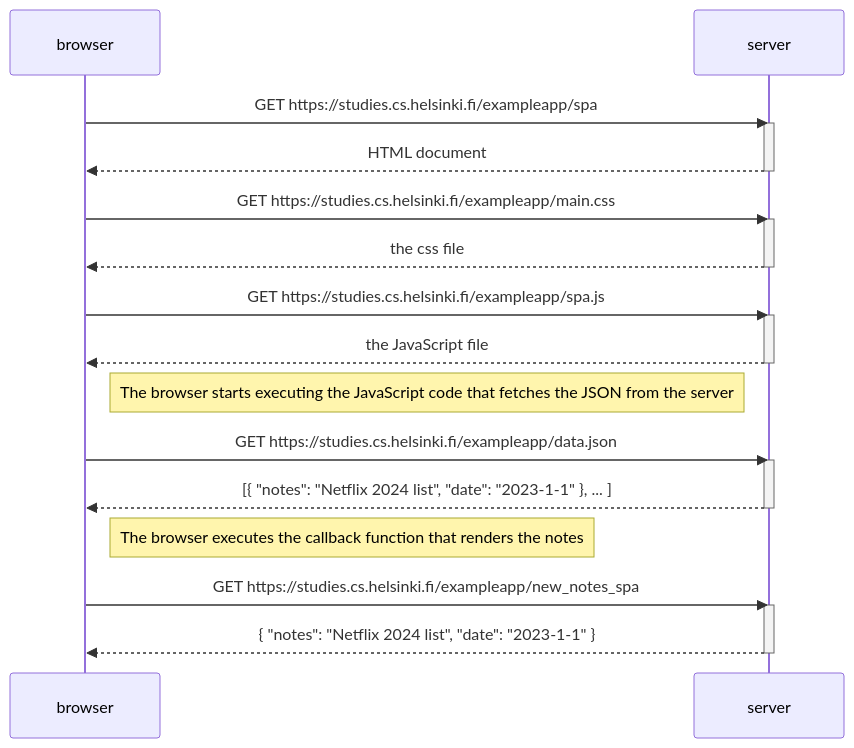
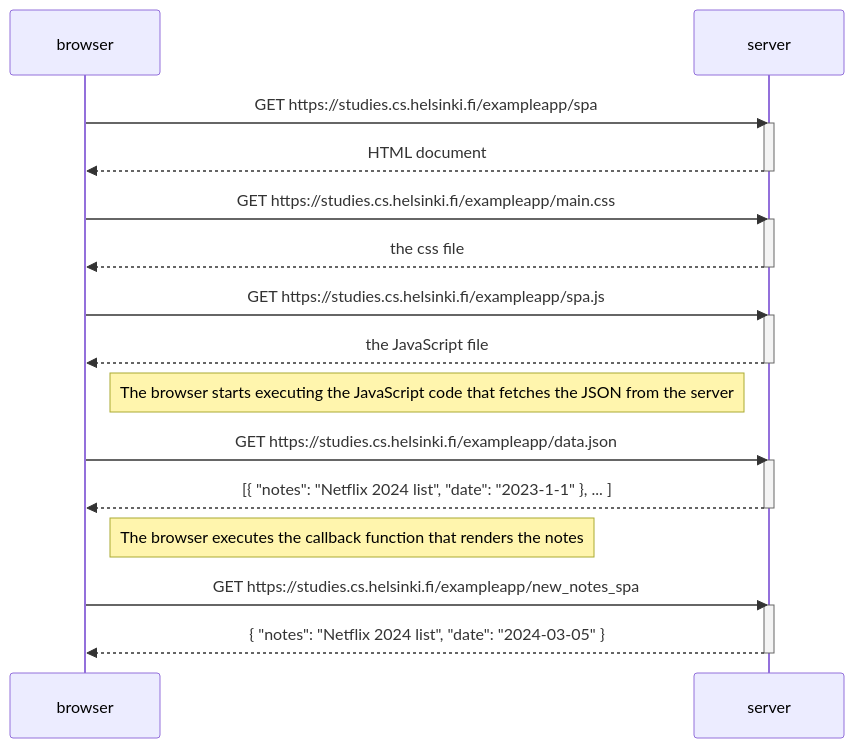
The diagram in 0.6.md (shabiraputri/Excercise-Assignment-web-development), drawn with Mermaid before and after one commit.

````diff
--- a/0.6.md
+++ b/0.6.md
@@ -1,35 +1,35 @@
 ```mermaid
 
     sequenceDiagram
     participant browser
     participant server
 
     browser->>server: GET https://studies.cs.helsinki.fi/exampleapp/spa
     activate server
     server-->>browser: HTML document
     deactivate server
 
     browser->>server: GET https://studies.cs.helsinki.fi/exampleapp/main.css
     activate server
     server-->>browser: the css file
     deactivate server
 
     browser->>server: GET https://studies.cs.helsinki.fi/exampleapp/spa.js
     activate server
     server-->>browser: the JavaScript file
     deactivate server
 
     Note right of browser: The browser starts executing the JavaScript code that fetches the JSON from the server
 
     browser->>server: GET https://studies.cs.helsinki.fi/exampleapp/data.json
     activate server
     server-->>browser: [{ "notes": "Netflix 2024 list", "date": "2023-1-1" }, ... ]
     deactivate server
 
     Note right of browser: The browser executes the callback function that renders the notes
      
     browser->>server: GET https://studies.cs.helsinki.fi/exampleapp/new_notes_spa
     activate server
-    server-->>browser: { "notes": "Netflix 2024 list", "date": "2023-1-1" }
+    server-->>browser: { "notes": "Netflix 2024 list", "date": "2024-03-05" }
     deactivate server
 ```
````
